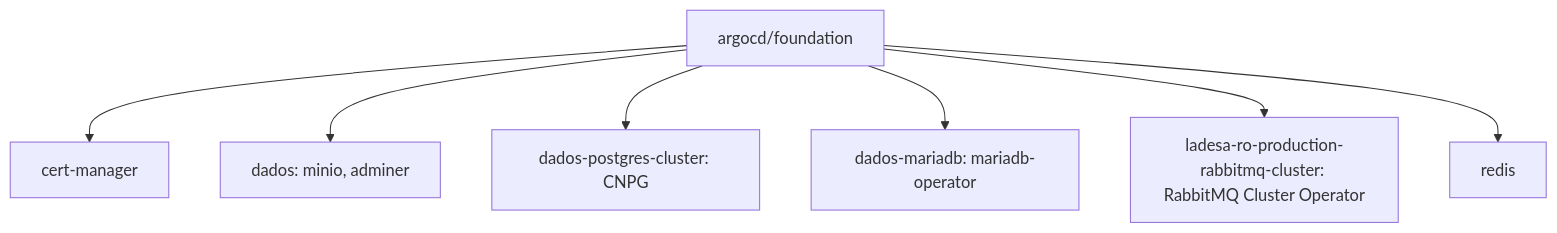
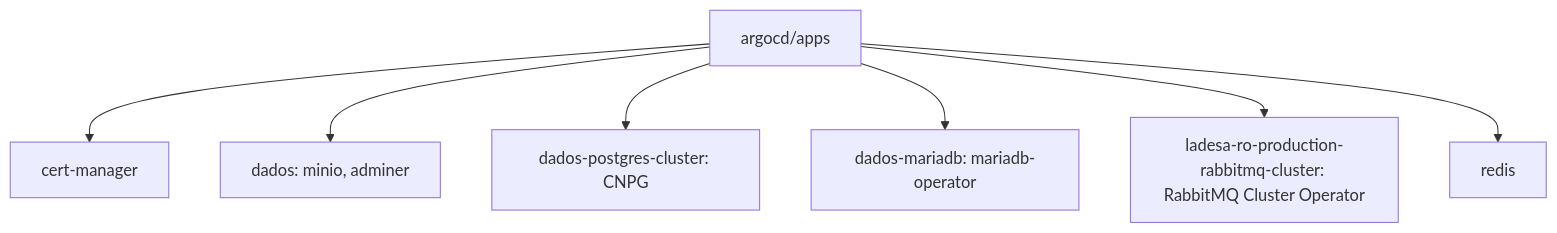
One commit to ladesa-ro/infrastructure changed the first of 2 diagrams in docs/arquitetura/foundation.md. Above: the diagram before and after it, drawn with Mermaid. The commit also changed other lines of this file and 56 other files, not shown here.

Commit message:
refactor(argocd): rename apps to applications and foundation to apps

````diff
--- a/docs/arquitetura/foundation.md
+++ b/docs/arquitetura/foundation.md
@@ -5,9 +5,9 @@
 ```mermaid
 flowchart TB
-    Foundation[argocd/foundation] --> CertManager[cert-manager]
+    Foundation[argocd/apps] --> CertManager[cert-manager]
     Foundation --> Dados[dados: minio, adminer]
     Foundation --> PostgresCluster[dados-postgres-cluster: CNPG]
     Foundation --> MariaDBCluster[dados-mariadb: mariadb-operator]
     Foundation --> RabbitMQCluster[ladesa-ro-production-rabbitmq-cluster: RabbitMQ Cluster Operator]
     Foundation --> Redis[redis]
 ```
````
